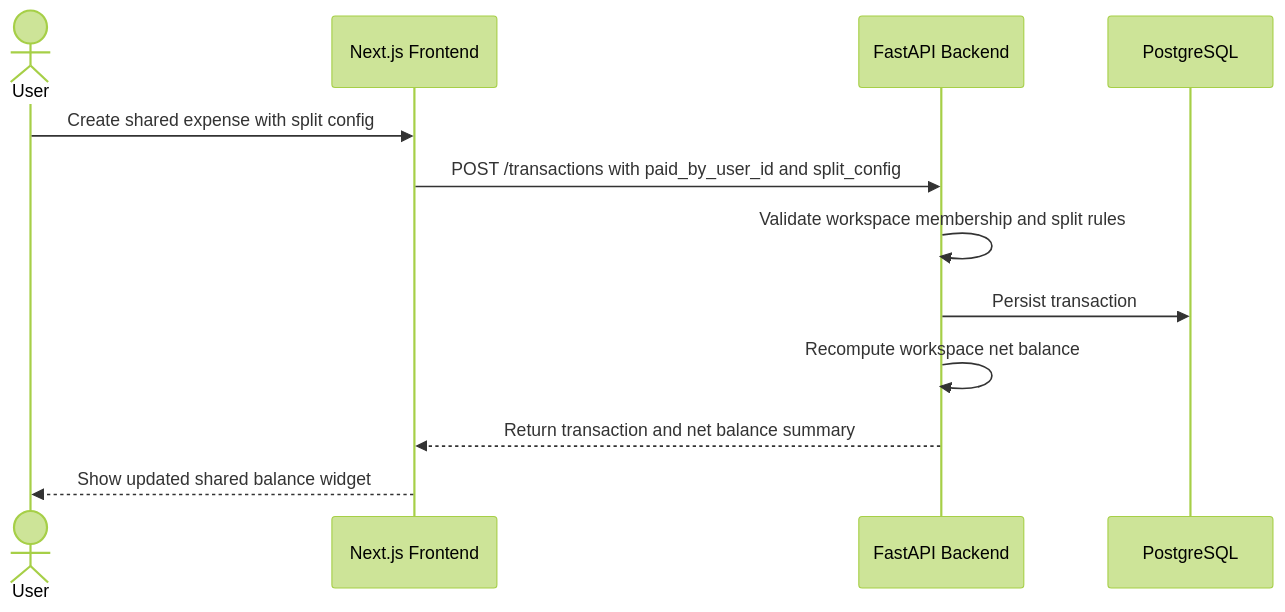
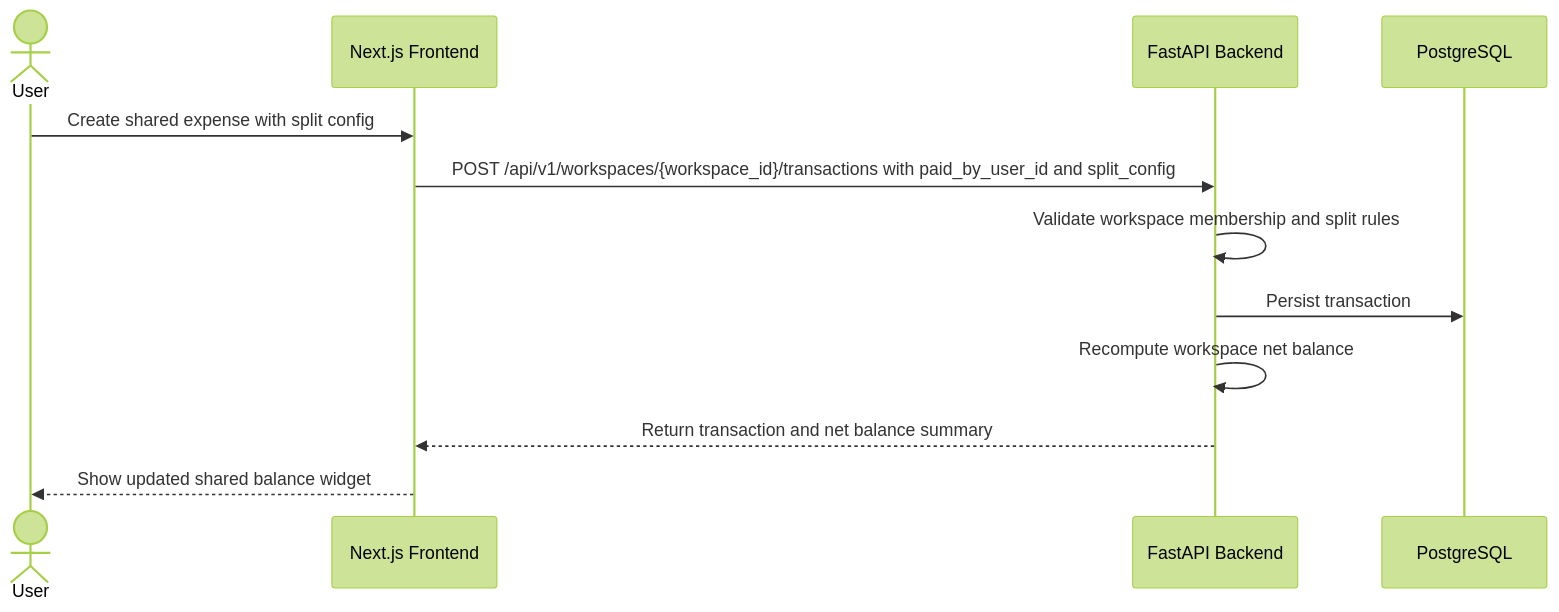
The ninth of 11 diagrams in docs/architecture/runtime-flows.md (creep1ng/shared-expenses-tracking), drawn with Mermaid (forest theme) before and after one commit. The commit also changed other lines of this file and 30 other files, not shown here.

First line of the commit message:
feat(backend,frontend): implement transactions CRUD foundation and transfers

````diff
--- a/docs/architecture/runtime-flows.md
+++ b/docs/architecture/runtime-flows.md
@@ -177,15 +177,15 @@
 ```mermaid
 sequenceDiagram
     actor User
     participant Frontend as Next.js Frontend
     participant Backend as FastAPI Backend
     participant DB as PostgreSQL
 
     User->>Frontend: Create shared expense with split config
-    Frontend->>Backend: POST /transactions with paid_by_user_id and split_config
+    Frontend->>Backend: POST /api/v1/workspaces/{workspace_id}/transactions with paid_by_user_id and split_config
     Backend->>Backend: Validate workspace membership and split rules
     Backend->>DB: Persist transaction
     Backend->>Backend: Recompute workspace net balance
     Backend-->>Frontend: Return transaction and net balance summary
     Frontend-->>User: Show updated shared balance widget
 ```
````
